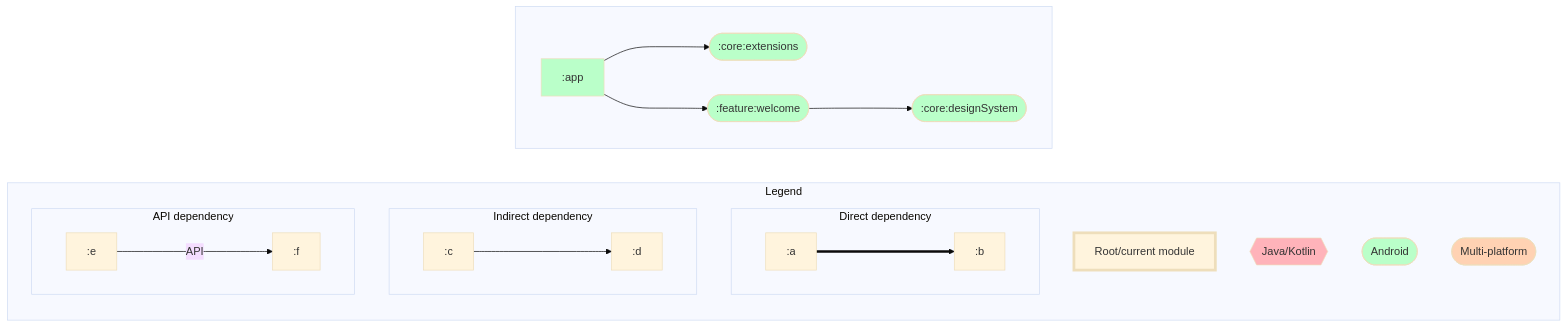
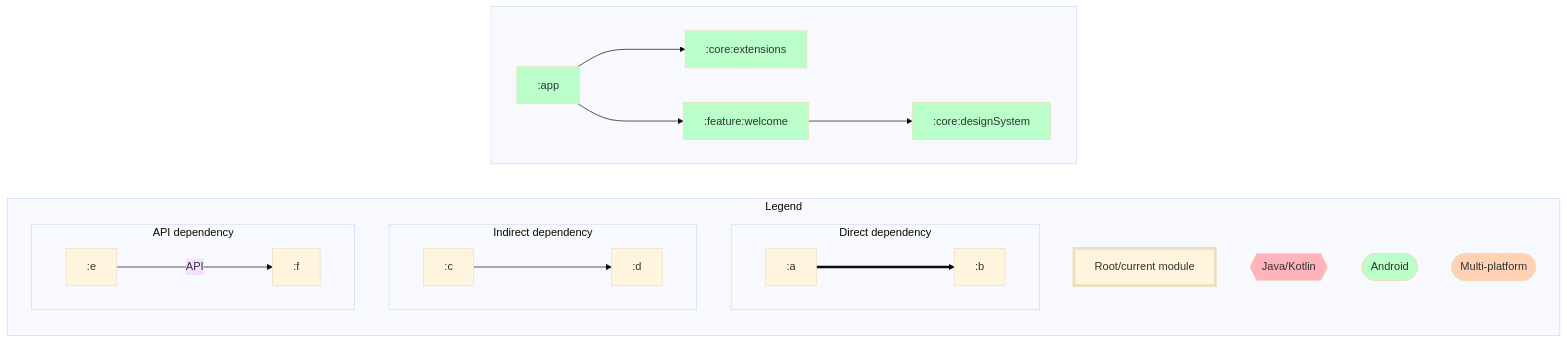
Before and after one commit to oorjalabs/photopress: the diagram in dependencyGraph.md, drawn with Mermaid.

Commit message:
Updated dependency graphs

````diff
--- a/dependencyGraph.md
+++ b/dependencyGraph.md
@@ -1,47 +1,47 @@
 ```mermaid
 %%{ init: { 'theme': 'base' } }%%
 graph LR;
 
 %% Styling for module nodes by type
 classDef rootNode stroke-width:4px;
 classDef mppNode fill:#ffd2b3,color:#333333;
 classDef andNode fill:#baffc9,color:#333333;
 classDef javaNode fill:#ffb3ba,color:#333333;
 
 %% Graph types
 subgraph Legend
   direction TB;
   rootNode[Root/current module]:::rootNode;
   javaNode{{Java/Kotlin}}:::javaNode;
   andNode([Android]):::andNode;
   mppNode([Multi-platform]):::mppNode;
   subgraph Direct dependency
     direction LR;
     :a===>:b
   end
   subgraph Indirect dependency
     direction LR;
     :c--->:d
   end
   subgraph API dependency
     direction LR;
     :e--API--->:f
   end
 end
 
 %% Modules
 subgraph  
   direction LR;
   :app[:app]:::andNode;
-  :core:designSystem([:core:designSystem]):::andNode;
-  :core:extensions([:core:extensions]):::andNode;
-  :feature:welcome([:feature:welcome]):::andNode;
+  :core:designSystem[:core:designSystem]:::andNode;
+  :core:extensions[:core:extensions]:::andNode;
+  :feature:welcome[:feature:welcome]:::andNode;
 end
 
 %% Dependencies
 :app--->:core:extensions
 :app--->:feature:welcome
 :feature:welcome--->:core:designSystem
 
 %% Dependents
 ```
````
